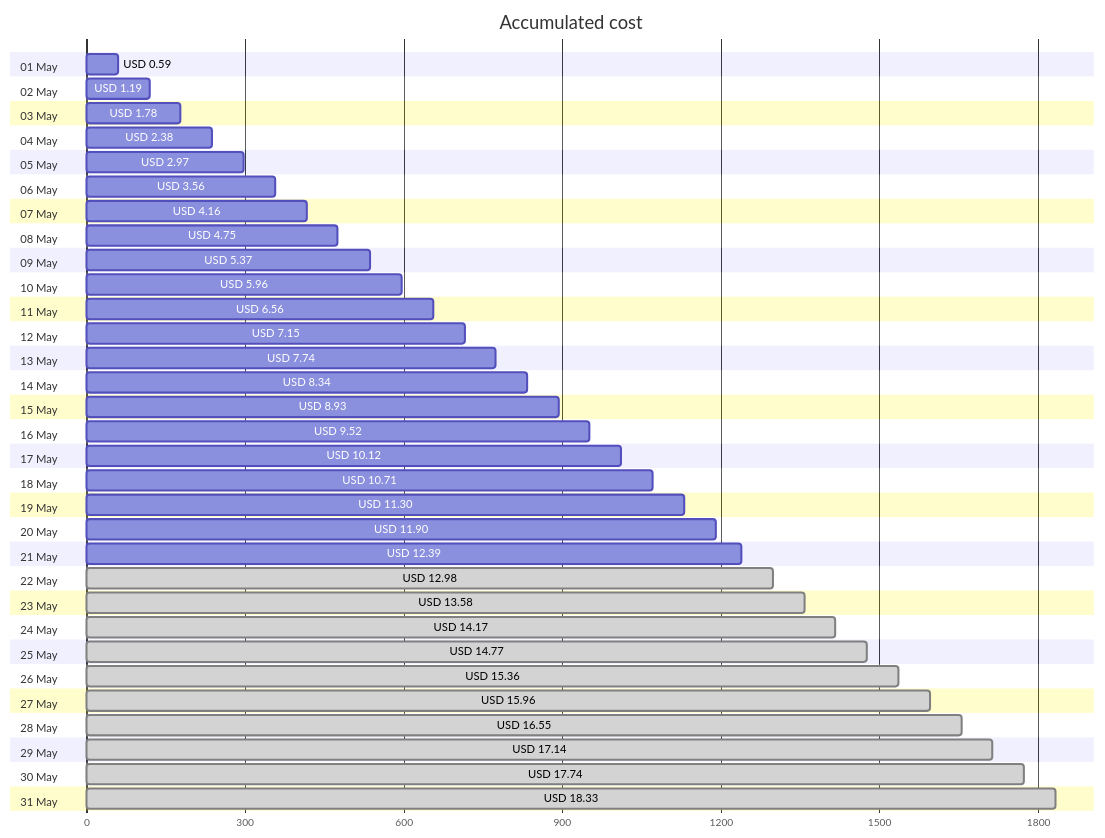
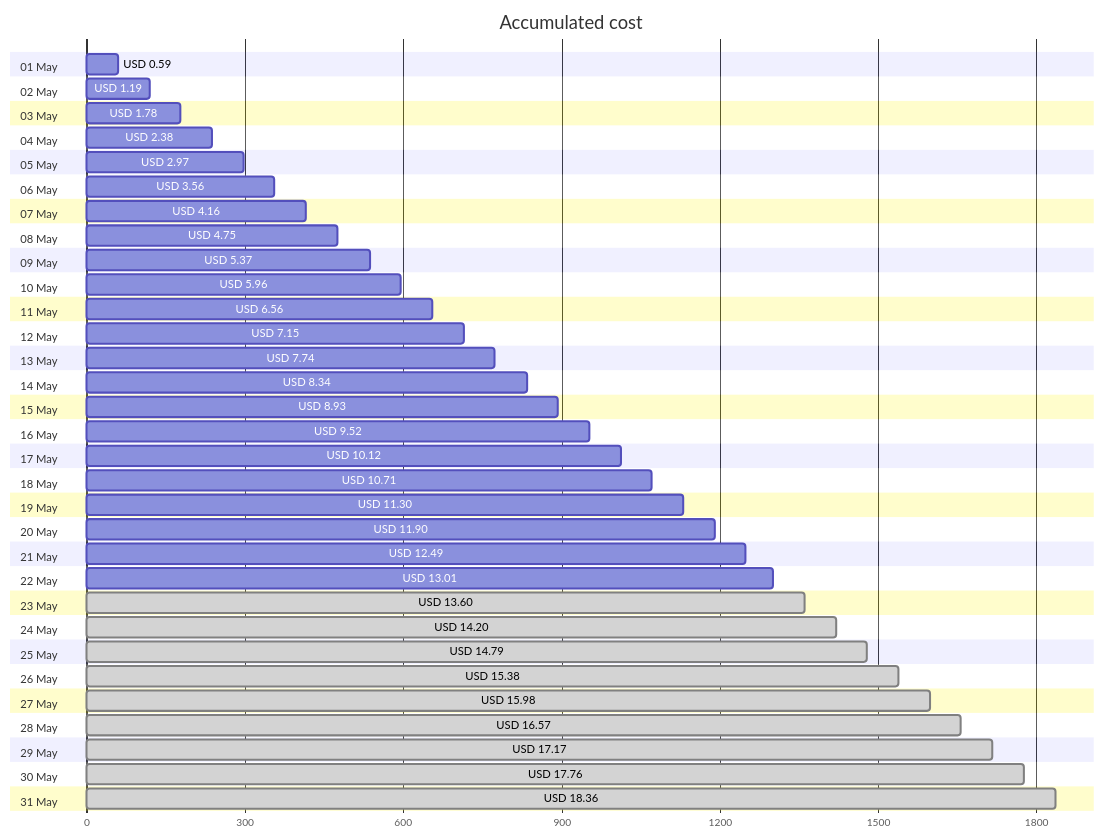
The first of 4 diagrams in cost-reports/personal-site/README.md (jpfulton/azure-personal-reports), drawn with Mermaid before and after one commit. The commit also changed other lines of this file and 6 other files, not shown here.

````diff
--- a/cost-reports/personal-site/README.md
+++ b/cost-reports/personal-site/README.md
@@ -20,68 +20,68 @@
 ```mermaid
 gantt
    title Accumulated cost
    dateFormat  X
    axisFormat %s
    section 01 May
    USD 0.59 :0, 59
    section 02 May
    USD 1.19 :0, 119
    section 03 May
    USD 1.78 :0, 178
    section 04 May
    USD 2.38 :0, 238
    section 05 May
    USD 2.97 :0, 297
    section 06 May
    USD 3.56 :0, 356
    section 07 May
    USD 4.16 :0, 416
    section 08 May
    USD 4.75 :0, 475
    section 09 May
    USD 5.37 :0, 537
    section 10 May
    USD 5.96 :0, 596
    section 11 May
    USD 6.56 :0, 656
    section 12 May
    USD 7.15 :0, 715
    section 13 May
    USD 7.74 :0, 774
    section 14 May
    USD 8.34 :0, 834
    section 15 May
    USD 8.93 :0, 893
    section 16 May
    USD 9.52 :0, 952
    section 17 May
    USD 10.12 :0, 1012
    section 18 May
    USD 10.71 :0, 1071
    section 19 May
    USD 11.30 :0, 1130
    section 20 May
    USD 11.90 :0, 1190
    section 21 May
-   USD 12.39 :0, 1239
+   USD 12.49 :0, 1249
    section 22 May
-   USD 12.98 : done, 0, 1298
+   USD 13.01 :0, 1301
    section 23 May
-   USD 13.58 : done, 0, 1358
+   USD 13.60 : done, 0, 1360
    section 24 May
-   USD 14.17 : done, 0, 1417
+   USD 14.20 : done, 0, 1420
    section 25 May
-   USD 14.77 : done, 0, 1477
+   USD 14.79 : done, 0, 1479
    section 26 May
-   USD 15.36 : done, 0, 1536
+   USD 15.38 : done, 0, 1538
    section 27 May
-   USD 15.96 : done, 0, 1596
+   USD 15.98 : done, 0, 1598
    section 28 May
-   USD 16.55 : done, 0, 1655
+   USD 16.57 : done, 0, 1657
    section 29 May
-   USD 17.14 : done, 0, 1714
+   USD 17.17 : done, 0, 1717
    section 30 May
-   USD 17.74 : done, 0, 1774
+   USD 17.76 : done, 0, 1776
    section 31 May
-   USD 18.33 : done, 0, 1833
+   USD 18.36 : done, 0, 1836
 ```
````
